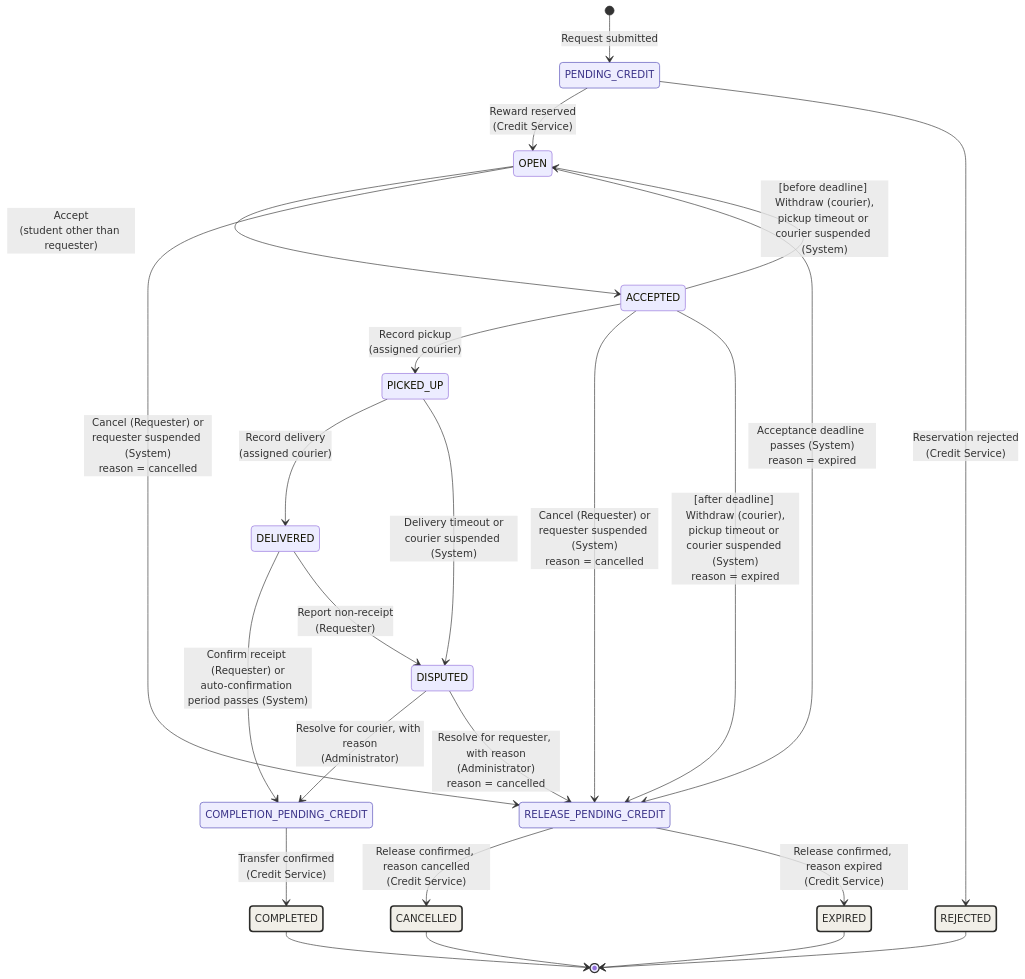
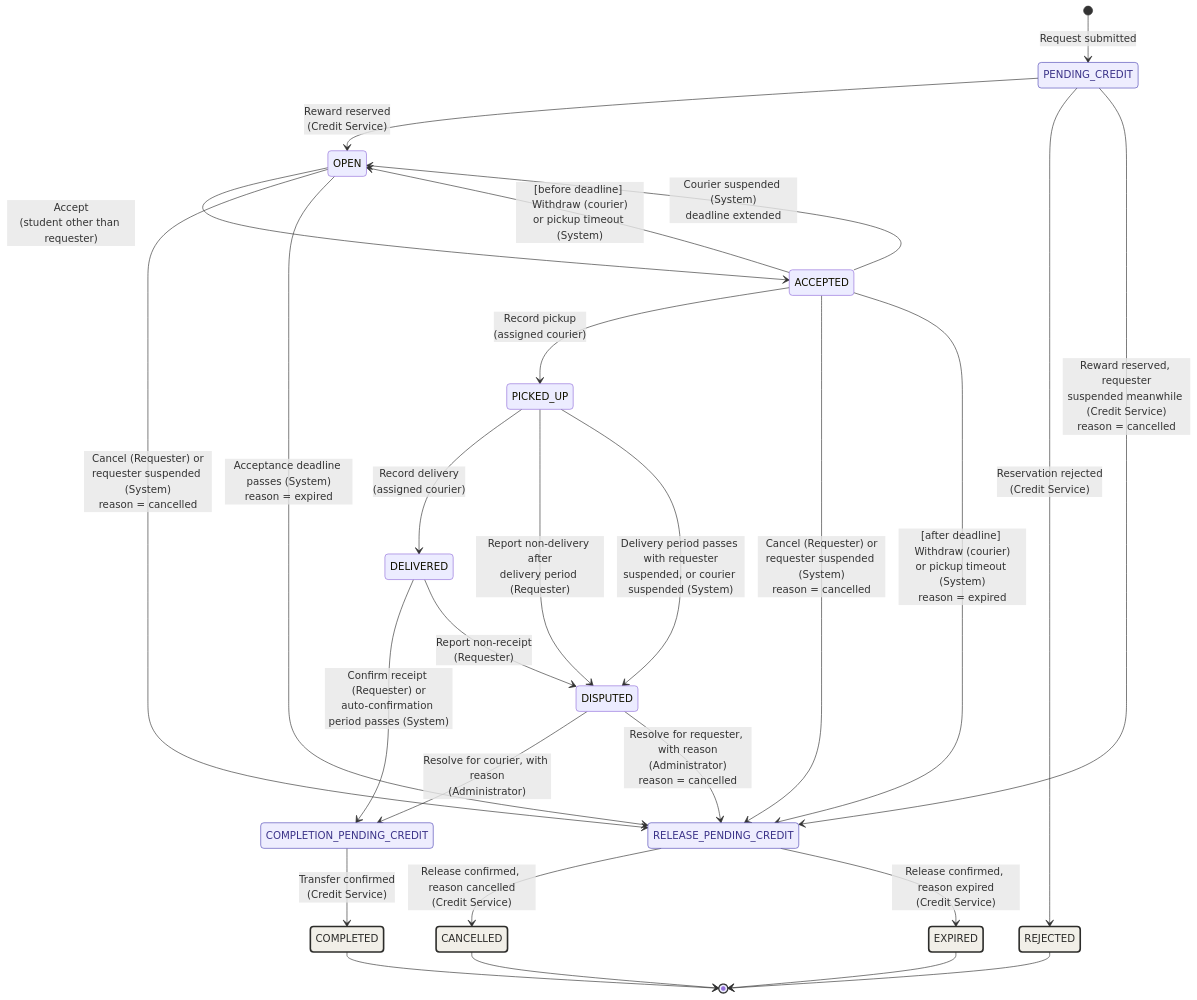
Before and after one commit to AY2627S1-CS3219-P30/foc-app: the diagram in order-service/README.md, drawn with Mermaid. The commit also changed other lines of this file and 1 other file, not shown here.

First line of the commit message:
docs(order-service): align the order state model with D1 and document its integrations

````diff
--- a/order-service/README.md
+++ b/order-service/README.md
@@ -45,42 +107,45 @@
 ```mermaid
 stateDiagram-v2
   direction TB
 
   classDef credit fill:#EEEDFE,stroke:#534AB7,color:#3C3489
   classDef final fill:#F1EFE8,stroke:#2C2C2A,stroke-width:2.5px,color:#2C2C2A
 
   [*] --> PENDING_CREDIT : Request submitted
 
   PENDING_CREDIT --> OPEN : Reward reserved<br/>(Credit Service)
   PENDING_CREDIT --> REJECTED : Reservation rejected<br/>(Credit Service)
+  PENDING_CREDIT --> RELEASE_PENDING_CREDIT : Reward reserved, requester<br/>suspended meanwhile (Credit Service)<br/>reason = cancelled
 
   OPEN --> ACCEPTED : Accept<br/>(student other than requester)
   OPEN --> RELEASE_PENDING_CREDIT : Cancel (Requester) or<br/>requester suspended (System)<br/>reason = cancelled
   OPEN --> RELEASE_PENDING_CREDIT : Acceptance deadline passes (System)<br/>reason = expired
 
   ACCEPTED --> PICKED_UP : Record pickup<br/>(assigned courier)
   ACCEPTED --> RELEASE_PENDING_CREDIT : Cancel (Requester) or<br/>requester suspended (System)<br/>reason = cancelled
-  ACCEPTED --> OPEN : [before deadline] Withdraw (courier),<br/>pickup timeout or courier suspended (System)
-  ACCEPTED --> RELEASE_PENDING_CREDIT : [after deadline] Withdraw (courier),<br/>pickup timeout or courier suspended (System)<br/>reason = expired
+  ACCEPTED --> OPEN : [before deadline] Withdraw (courier)<br/>or pickup timeout (System)
+  ACCEPTED --> OPEN : Courier suspended (System)<br/>deadline extended
+  ACCEPTED --> RELEASE_PENDING_CREDIT : [after deadline] Withdraw (courier)<br/>or pickup timeout (System)<br/>reason = expired
 
   PICKED_UP --> DELIVERED : Record delivery<br/>(assigned courier)
-  PICKED_UP --> DISPUTED : Delivery timeout or<br/>courier suspended (System)
+  PICKED_UP --> DISPUTED : Report non-delivery after<br/>delivery period (Requester)
+  PICKED_UP --> DISPUTED : Delivery period passes with requester<br/>suspended, or courier suspended (System)
 
   DELIVERED --> COMPLETION_PENDING_CREDIT : Confirm receipt (Requester) or<br/>auto-confirmation period passes (System)
   DELIVERED --> DISPUTED : Report non-receipt<br/>(Requester)
 
   DISPUTED --> COMPLETION_PENDING_CREDIT : Resolve for courier, with reason<br/>(Administrator)
   DISPUTED --> RELEASE_PENDING_CREDIT : Resolve for requester, with reason<br/>(Administrator)<br/>reason = cancelled
 
   COMPLETION_PENDING_CREDIT --> COMPLETED : Transfer confirmed<br/>(Credit Service)
   RELEASE_PENDING_CREDIT --> CANCELLED : Release confirmed, reason cancelled<br/>(Credit Service)
   RELEASE_PENDING_CREDIT --> EXPIRED : Release confirmed, reason expired<br/>(Credit Service)
 
   REJECTED --> [*]
   COMPLETED --> [*]
   CANCELLED --> [*]
   EXPIRED --> [*]
 
   class PENDING_CREDIT,COMPLETION_PENDING_CREDIT,RELEASE_PENDING_CREDIT credit
   class REJECTED,COMPLETED,CANCELLED,EXPIRED final
 ```
````
